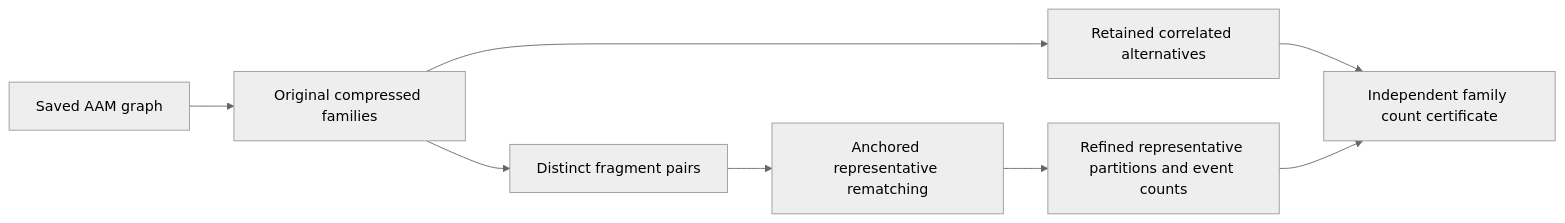
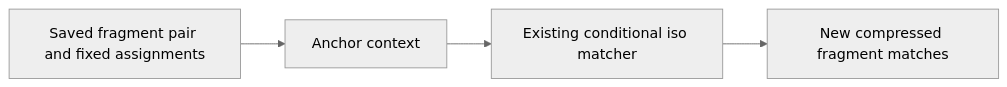
One commit to yunhzou/MAPPA-AAM changed the sixth of 6 diagrams in design.md. Above: the diagram before and after it, drawn with Mermaid (neutral theme). The commit also changed other lines of this file and 7 other files, not shown here.

Commit message:
Use saved fixed assignments for rematching and remove representative-only conversion

````diff
--- a/design.md
+++ b/design.md
@@ -387,10 +394,6 @@
 ```mermaid
 flowchart LR
-  A[Saved AAM graph] --> B[Original compressed families]
-  B --> C[Distinct fragment pairs]
-  C --> D[Anchored representative rematching]
-  D --> E[Refined representative partitions and event counts]
-  B --> F[Retained correlated alternatives]
-  F --> G[Independent family count certificate]
-  E --> G
+    Saved[Saved fragment pair and fixed assignments] --> Context[Anchor context]
+    Context --> Matcher[Existing conditional iso matcher]
+    Matcher --> Result[New compressed fragment matches]
 ```
````
